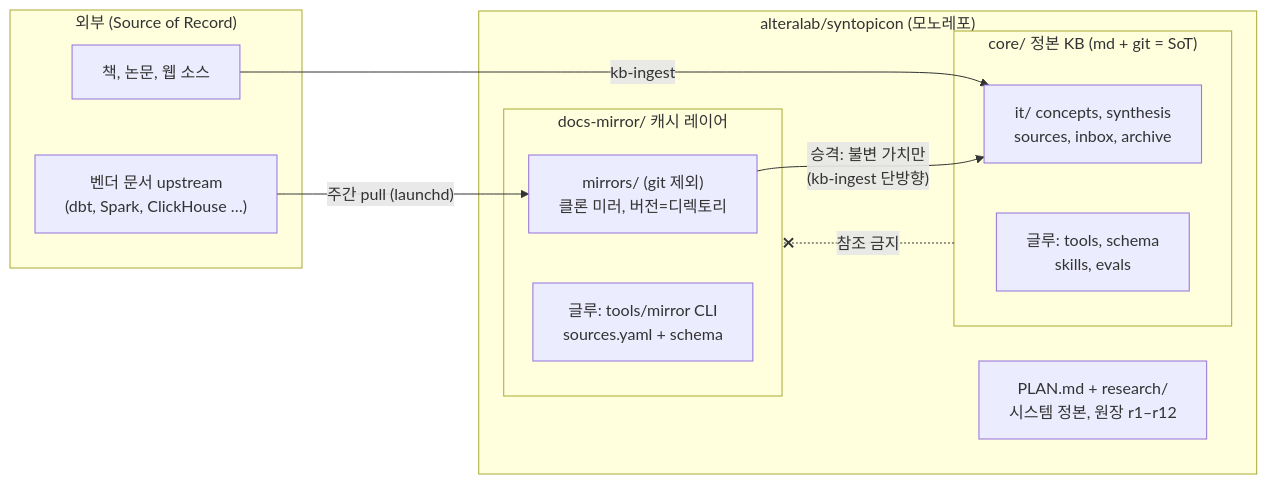
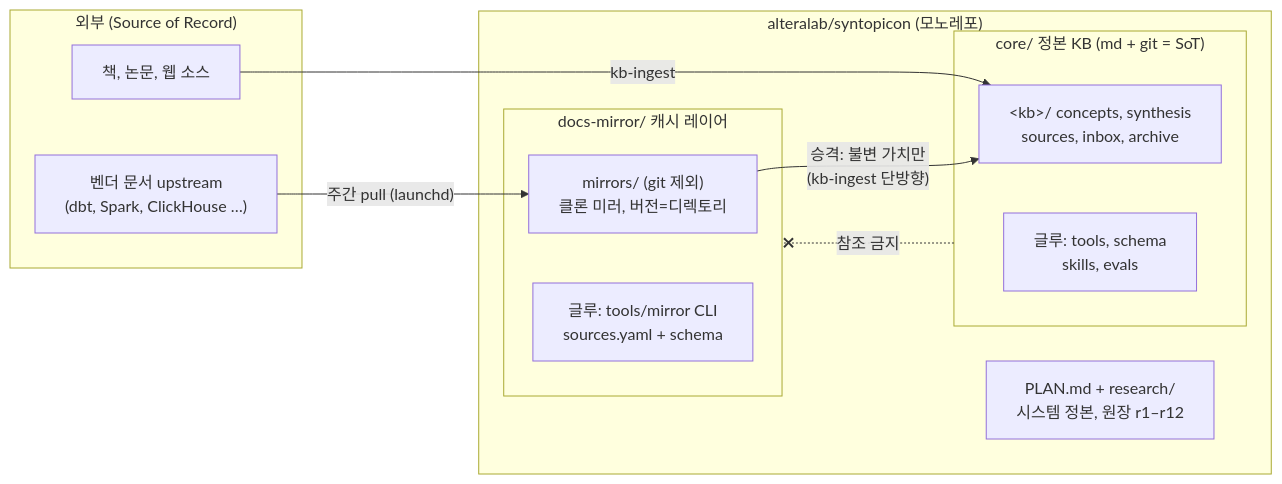
Before and after one commit to alteralab/syntopicon: the first of 4 diagrams in README.md, drawn with Mermaid.

Commit message:
plan: 레이어 다이어그램의 KB 노드도 <kb> 일반형으로

````diff
--- a/README.md
+++ b/README.md
@@ -22,24 +22,24 @@
 ```mermaid
 flowchart LR
     subgraph EXT["외부 (Source of Record)"]
         UP["벤더 문서 upstream<br/>(dbt, Spark, ClickHouse …)"]
         SRC["책, 논문, 웹 소스"]
     end
 
     subgraph REPO["alteralab/syntopicon (모노레포)"]
         subgraph DM["docs-mirror/ 캐시 레이어"]
             MIR["mirrors/ (git 제외)<br/>클론 미러, 버전=디렉토리"]
             GLUE["글루: tools/mirror CLI<br/>sources.yaml + schema"]
         end
         subgraph CORE["core/ 정본 KB (md + git = SoT)"]
-            IT["it/ concepts, synthesis<br/>sources, inbox, archive"]
+            IT["&lt;kb&gt;/ concepts, synthesis<br/>sources, inbox, archive"]
             CG["글루: tools, schema<br/>skills, evals"]
         end
         PLAN["PLAN.md + research/<br/>시스템 정본, 원장 r1–r12"]
     end
 
     UP -- "주간 pull (launchd)" --> MIR
     SRC -- "kb-ingest" --> IT
     MIR -- "승격: 불변 가치만<br/>(kb-ingest 단방향)" --> IT
     CORE -. "참조 금지" .-x DM
 ```
````
